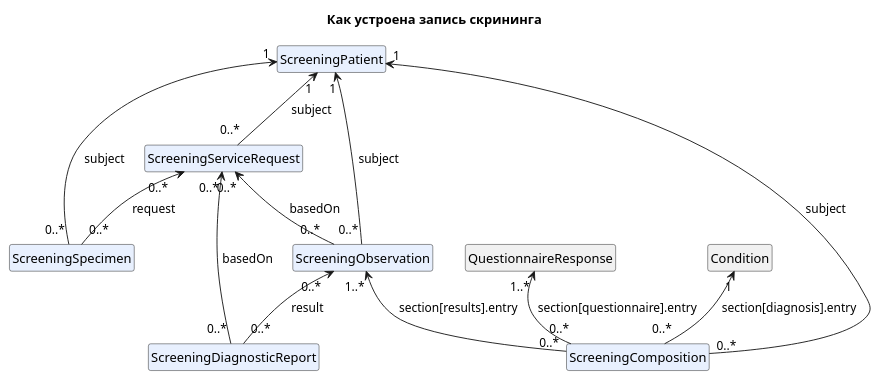
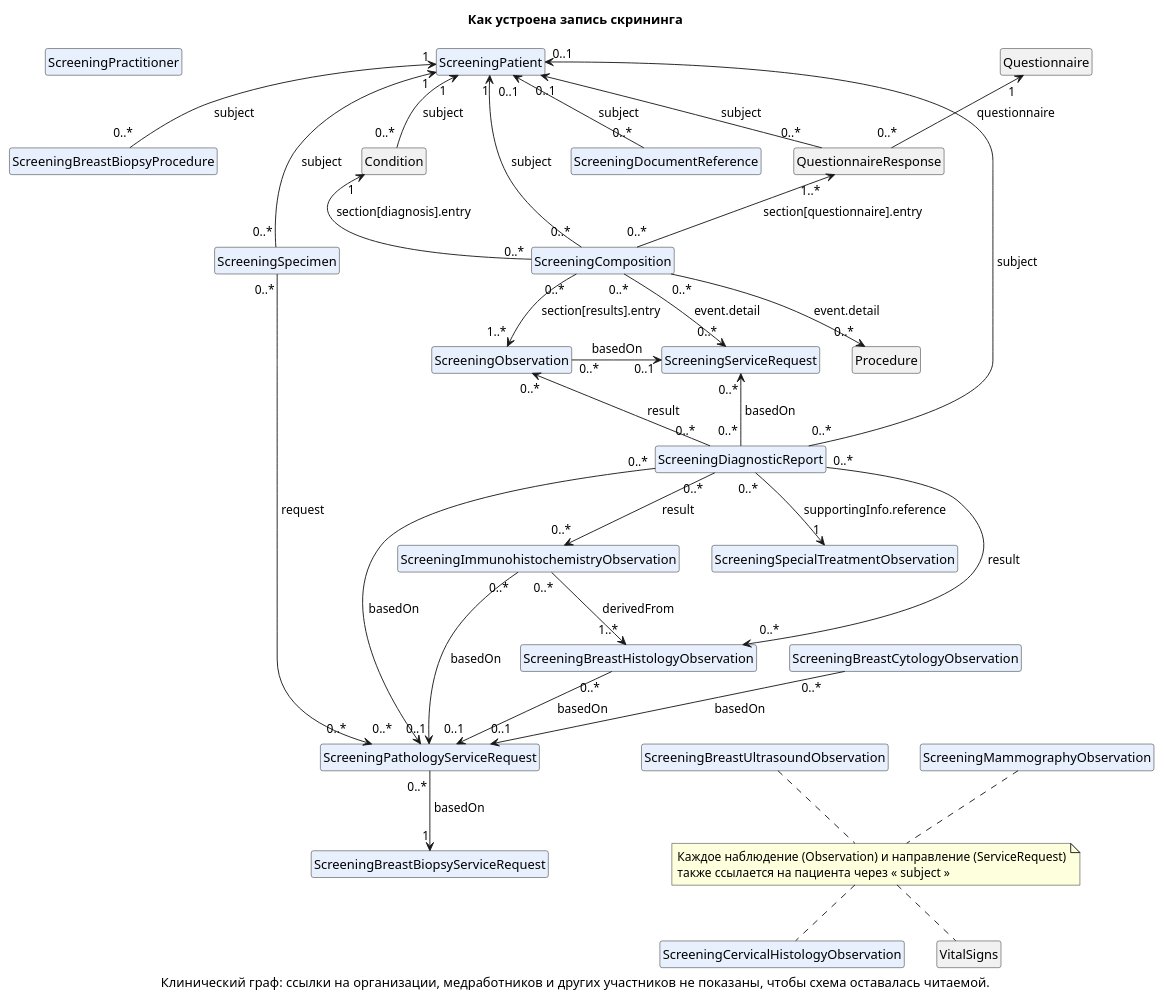
One commit to uzinfocom-org/digital-health-integration changed the diagram in input/images-source/screening-model-ru.plantuml. Above: the diagram before and after it, drawn with PlantUML. The commit also changed 29 other files, not shown here.

Commit message:
Integration diagrams: all profiles, clinical graph

```diff
--- a/input/images-source/screening-model-ru.plantuml
+++ b/input/images-source/screening-model-ru.plantuml
@@ -1,27 +1,77 @@
 @startuml screening-model-ru
 hide circle
 hide empty members
 title Как устроена запись скрининга
 
 class ScreeningPatient [[StructureDefinition-screening-patient.html{Открыть профиль ScreeningPatient}]] #E8F0FE
+class ScreeningPractitioner [[StructureDefinition-screening-practitioner.html{Открыть профиль ScreeningPractitioner}]] #E8F0FE
+class ScreeningComposition [[StructureDefinition-screening-composition.html{Открыть профиль ScreeningComposition}]] #E8F0FE
+class ScreeningDocumentReference [[StructureDefinition-screening-document-reference.html{Открыть профиль ScreeningDocumentReference}]] #E8F0FE
+class ScreeningDiagnosticReport [[StructureDefinition-screening-diagnostic-report.html{Открыть профиль ScreeningDiagnosticReport}]] #E8F0FE
 class ScreeningServiceRequest [[StructureDefinition-screening-service-request.html{Открыть профиль ScreeningServiceRequest}]] #E8F0FE
+class ScreeningBreastBiopsyServiceRequest [[StructureDefinition-screening-breast-biopsy-service-request.html{Открыть профиль ScreeningBreastBiopsyServiceRequest}]] #E8F0FE
+class ScreeningPathologyServiceRequest [[StructureDefinition-screening-pathology-service-request.html{Открыть профиль ScreeningPathologyServiceRequest}]] #E8F0FE
+class ScreeningBreastBiopsyProcedure [[StructureDefinition-screening-breast-biopsy-procedure.html{Открыть профиль ScreeningBreastBiopsyProcedure}]] #E8F0FE
 class ScreeningSpecimen [[StructureDefinition-screening-specimen.html{Открыть профиль ScreeningSpecimen}]] #E8F0FE
 class ScreeningObservation [[StructureDefinition-screening-observation.html{Открыть профиль ScreeningObservation}]] #E8F0FE
-class ScreeningDiagnosticReport [[StructureDefinition-screening-diagnostic-report.html{Открыть профиль ScreeningDiagnosticReport}]] #E8F0FE
-class ScreeningComposition [[StructureDefinition-screening-composition.html{Открыть профиль ScreeningComposition}]] #E8F0FE
+class ScreeningMammographyObservation [[StructureDefinition-screening-mammography-observation.html{Открыть профиль ScreeningMammographyObservation}]] #E8F0FE
+class ScreeningBreastUltrasoundObservation [[StructureDefinition-screening-breast-ultrasound-observation.html{Открыть профиль ScreeningBreastUltrasoundObservation}]] #E8F0FE
+class ScreeningBreastCytologyObservation [[StructureDefinition-screening-breast-cytology-observation.html{Открыть профиль ScreeningBreastCytologyObservation}]] #E8F0FE
+class ScreeningBreastHistologyObservation [[StructureDefinition-screening-breast-histology-observation.html{Открыть профиль ScreeningBreastHistologyObservation}]] #E8F0FE
+class ScreeningCervicalHistologyObservation [[StructureDefinition-screening-cervical-histology-observation.html{Открыть профиль ScreeningCervicalHistologyObservation}]] #E8F0FE
+class ScreeningImmunohistochemistryObservation [[StructureDefinition-screening-immunohistochemistry-observation.html{Открыть профиль ScreeningImmunohistochemistryObservation}]] #E8F0FE
+class ScreeningSpecialTreatmentObservation [[StructureDefinition-screening-special-treatment-observation.html{Открыть профиль ScreeningSpecialTreatmentObservation}]] #E8F0FE
+class VitalSigns [[https://hl7.org/fhir/observation-vitalsigns.html{Открыть профили FHIR vital signs}]]
+class Condition [[https://dhp.uz/fhir/core/StructureDefinition-uz-core-condition.html{Открыть профиль UZ Core Condition}]]
+class Procedure [[https://dhp.uz/fhir/core/StructureDefinition-uz-core-procedure.html{Открыть профиль UZ Core Procedure}]]
 class QuestionnaireResponse [[https://dhp.uz/fhir/core/StructureDefinition-uz-core-questionnaire-response.html{Открыть профиль UZ Core QuestionnaireResponse}]]
-class Condition [[https://dhp.uz/fhir/core/StructureDefinition-uz-core-condition.html{Открыть профиль UZ Core Condition}]]
+class Questionnaire [[https://dhp.uz/fhir/core/StructureDefinition-uz-core-questionnaire.html{Открыть профиль UZ Core Questionnaire}]]
 
-ScreeningPatient "1" <-- "0..*" ScreeningServiceRequest : « subject »
+ScreeningPatient "0..1" <-- "0..*" QuestionnaireResponse : « subject »
+Questionnaire "1" <-- "0..*" QuestionnaireResponse : « questionnaire »
+ScreeningPatient "1" <-- "0..*" Condition : « subject »
+ScreeningPatient "0..1" <-- "0..*" ScreeningDocumentReference : « subject »
+ScreeningPatient "1" <-- "0..*" ScreeningBreastBiopsyProcedure : « subject »
+
+QuestionnaireResponse "1..*" <-- "0..*" ScreeningComposition : « section[questionnaire].entry »
+Condition "1" <-- "0..*" ScreeningComposition : « section[diagnosis].entry »
+ScreeningPatient "1" <-- "0..*" ScreeningComposition : « subject »
 ScreeningPatient "1" <-- "0..*" ScreeningSpecimen : « subject »
-ScreeningPatient "1" <-- "0..*" ScreeningObservation : « subject »
-ScreeningPatient "1" <-- "0..*" ScreeningComposition : « subject »
-ScreeningServiceRequest "0..*" <-- "0..*" ScreeningSpecimen : « request »
-ScreeningServiceRequest "0..*" <-- "0..*" ScreeningObservation : « basedOn »
+ScreeningPatient "0..1" <-- "0..*" ScreeningDiagnosticReport : « subject »
+
+ScreeningComposition "0..*" --> "0..*" Procedure : « event.detail »
+ScreeningComposition "0..*" --> "1..*" ScreeningObservation : « section[results].entry »
+ScreeningComposition "0..*" --> "0..*" ScreeningServiceRequest : « event.detail »
+ScreeningObservation "0..*" -right-> "0..1" ScreeningServiceRequest : « basedOn »
+ScreeningObservation "0..*" <-- "0..*" ScreeningDiagnosticReport : « result »
 ScreeningServiceRequest "0..*" <-- "0..*" ScreeningDiagnosticReport : « basedOn »
-ScreeningObservation "0..*" <-- "0..*" ScreeningDiagnosticReport : « result »
-ScreeningObservation "1..*" <-- "0..*" ScreeningComposition : « section[results].entry »
-Condition "1" <-- "0..*" ScreeningComposition : « section[diagnosis].entry »
-QuestionnaireResponse "1..*" <-- "0..*" ScreeningComposition : « section[questionnaire].entry »
+ScreeningDiagnosticReport "0..*" --> "1" ScreeningSpecialTreatmentObservation : « supportingInfo.reference »
+
+ScreeningDiagnosticReport "0..*" --> "0..*" ScreeningImmunohistochemistryObservation : « result »
+ScreeningDiagnosticReport "0..*" --> "0..*" ScreeningBreastHistologyObservation : « result »
+ScreeningImmunohistochemistryObservation "0..*" --> "1..*" ScreeningBreastHistologyObservation : « derivedFrom »
+' trailing spaces keep this multiplicity clear of the one below it
+ScreeningDiagnosticReport "0..*" --> "0..*      " ScreeningPathologyServiceRequest : « basedOn »
+ScreeningImmunohistochemistryObservation "0..*" --> "0..1" ScreeningPathologyServiceRequest : « basedOn »
+ScreeningBreastHistologyObservation "0..*" --> "0..1" ScreeningPathologyServiceRequest : « basedOn »
+ScreeningBreastCytologyObservation "0..*" --> "0..1" ScreeningPathologyServiceRequest : « basedOn »
+ScreeningSpecimen "0..*" --> "0..*" ScreeningPathologyServiceRequest : « request »
+ScreeningPathologyServiceRequest "0..*" --> "1" ScreeningBreastBiopsyServiceRequest : « basedOn »
+
+note "Каждое наблюдение (Observation) и направление (ServiceRequest)\nтакже ссылается на пациента через « subject »" as N1
+ScreeningMammographyObservation .. N1
+ScreeningBreastUltrasoundObservation .. N1
+N1 .. ScreeningCervicalHistologyObservation
+N1 .. VitalSigns
+
+' layout: keep the page column narrow by pushing the specimen a
+' rank down and stacking the patient-only results around the note
+ScreeningBreastBiopsyProcedure -[hidden]down- ScreeningSpecimen
+ScreeningObservation -[hidden]right- Procedure
+ScreeningPractitioner -[hidden]down- ScreeningBreastBiopsyProcedure
+ScreeningBreastCytologyObservation -[hidden]down- ScreeningMammographyObservation
+ScreeningBreastCytologyObservation -[hidden]down- ScreeningBreastUltrasoundObservation
+
+caption Клинический граф: ссылки на организации, медработников и других участников не показаны, чтобы схема оставалась читаемой.
 
 @enduml
```
